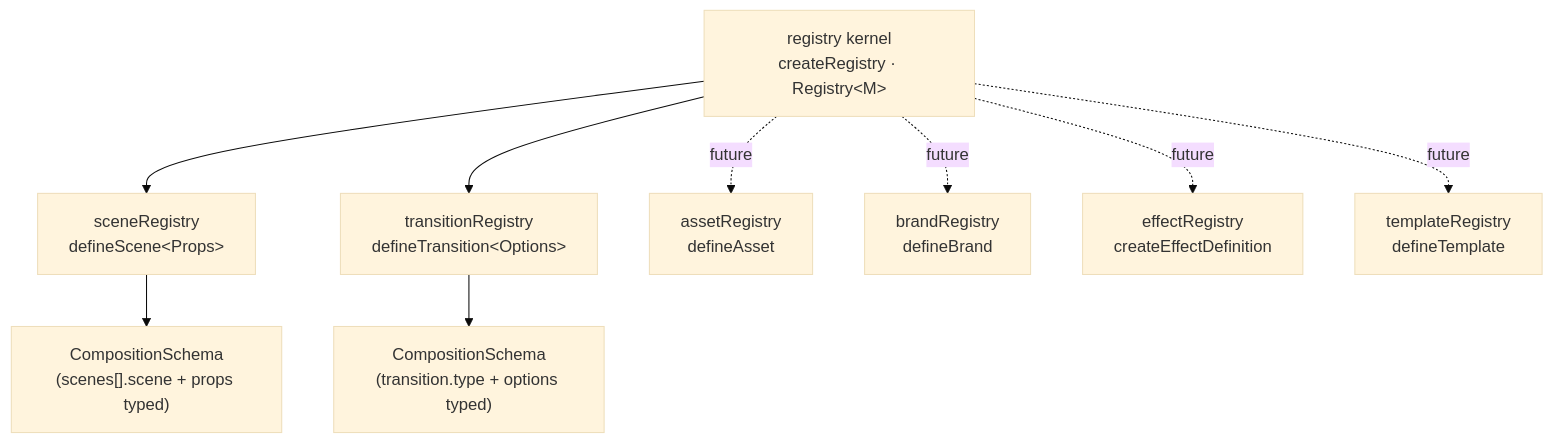
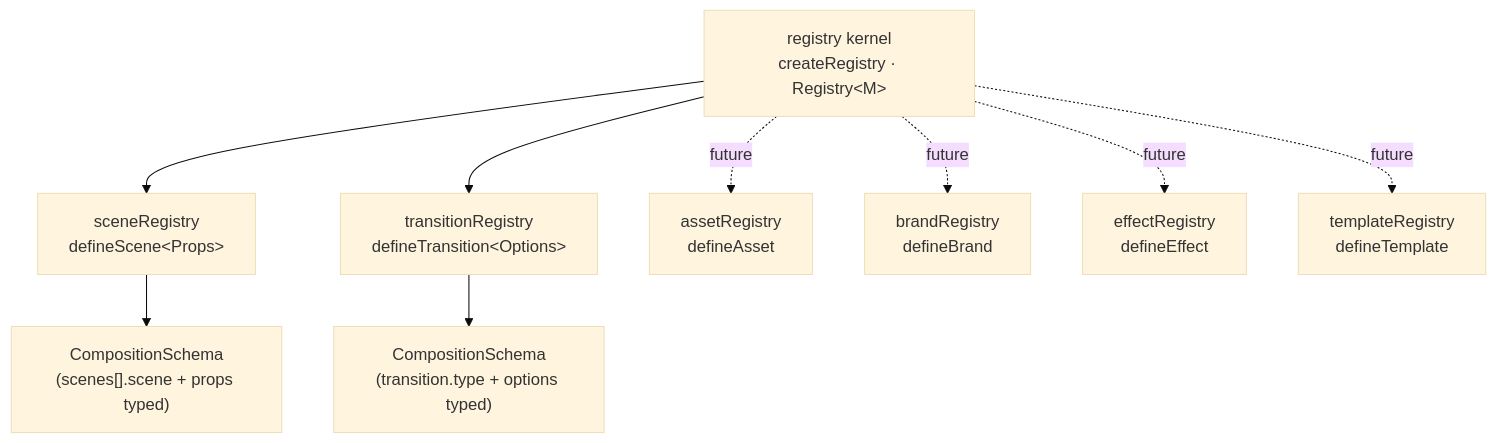
The diagram in docs/REGISTRIES.md (shanair77/shanairai-ai-studio), drawn with Mermaid (base theme) before and after one commit. The commit also changed other lines of this file and 5 other files, not shown here.

````diff
--- a/docs/REGISTRIES.md
+++ b/docs/REGISTRIES.md
@@ -17,12 +17,12 @@
 ```mermaid
 graph TD
   KERNEL["registry kernel<br/>createRegistry · Registry&lt;M&gt;"]
   KERNEL --> SCENES["sceneRegistry<br/>defineScene&lt;Props&gt;"]
   KERNEL --> TRANS["transitionRegistry<br/>defineTransition&lt;Options&gt;"]
   KERNEL -. future .-> ASSET["assetRegistry<br/>defineAsset"]
   KERNEL -. future .-> BRAND["brandRegistry<br/>defineBrand"]
-  KERNEL -. future .-> EFFECT["effectRegistry<br/>createEffectDefinition"]
+  KERNEL -. future .-> EFFECT["effectRegistry<br/>defineEffect"]
   KERNEL -. future .-> TEMPLATE["templateRegistry<br/>defineTemplate"]
   SCENES --> SCHEMA["CompositionSchema<br/>(scenes[].scene + props typed)"]
   TRANS --> SCHEMA2["CompositionSchema<br/>(transition.type + options typed)"]
 ```
````
